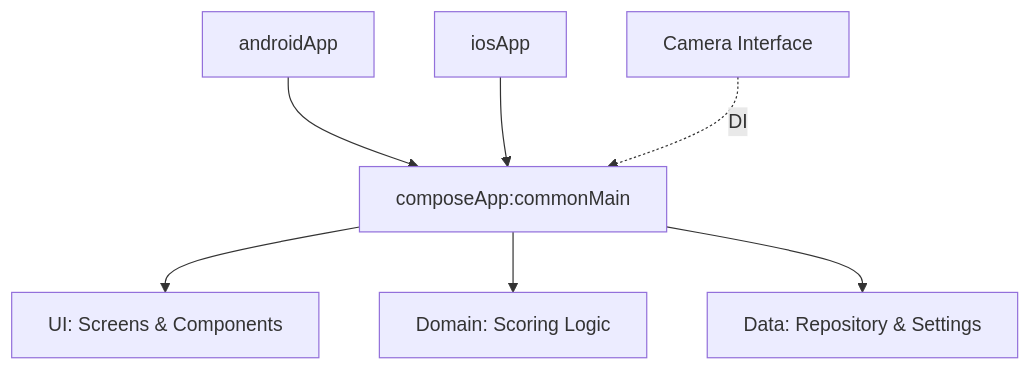
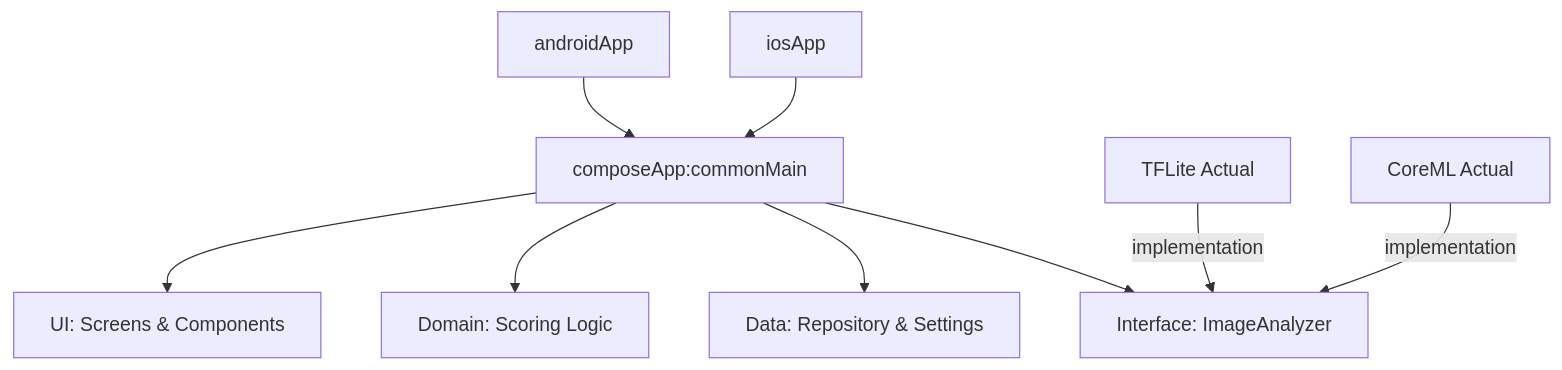
One commit to dragoncowkarma/mahjong-calculator changed the diagram in docs/specs/06_technical_architecture.md. Above: the diagram before and after it, drawn with Mermaid. The commit also changed other lines of this file and 3 other files, not shown here.

````diff
--- a/docs/specs/06_technical_architecture.md
+++ b/docs/specs/06_technical_architecture.md
@@ -18,9 +20,11 @@
 ```mermaid
 graph TD
     A[composeApp:commonMain] --> B[UI: Screens & Components]
     A --> C[Domain: Scoring Logic]
     A --> D[Data: Repository & Settings]
+    A --> H[Interface: ImageAnalyzer]
     E[androidApp] --> A
     F[iosApp] --> A
-    G[Camera Interface] -.->|DI| A
+    I[TFLite Actual] -- implementation --> H
+    J[CoreML Actual] -- implementation --> H
 ```
````
